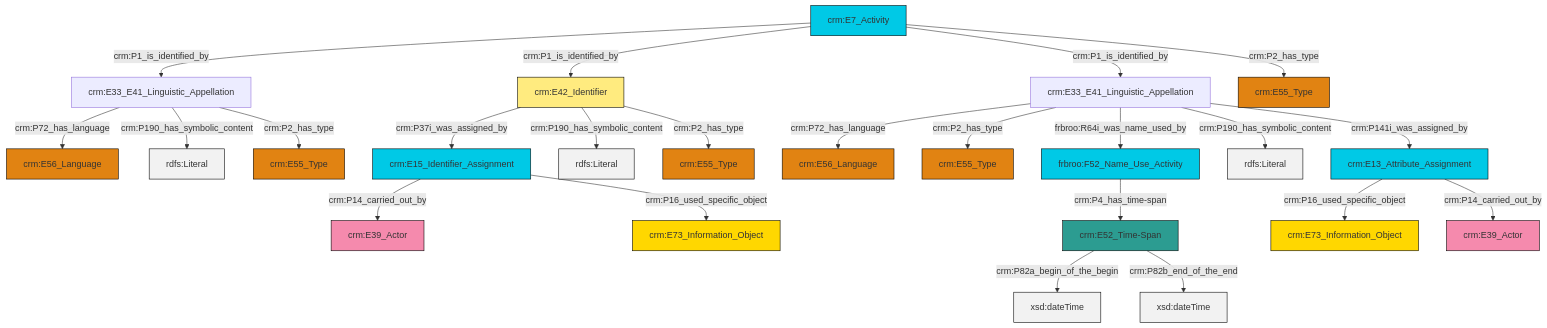
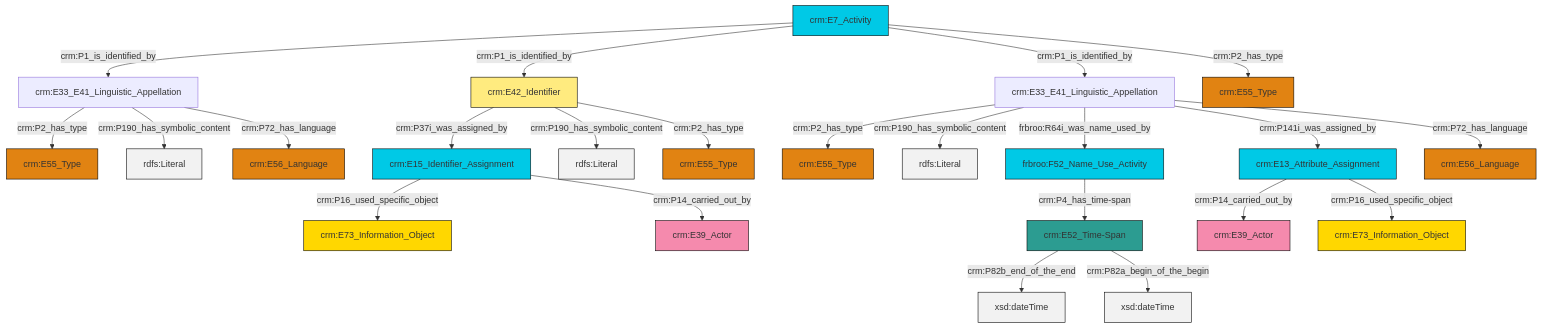
Before and after one commit to swiss-art-research-net/docs.swissartresearch: the diagram in et/eventCSV/ttl/mmd/event_name.ttl.mmd, drawn with Mermaid. The commit also changed 177 other files, not shown here.

```diff
--- a/et/eventCSV/ttl/mmd/event_name.ttl.mmd
+++ b/et/eventCSV/ttl/mmd/event_name.ttl.mmd
@@ -1,37 +1,37 @@
 graph TD
 classDef Literal fill:#f2f2f2,stroke:#000000;
 classDef CRM_Entity fill:#FFFFFF,stroke:#000000;
 classDef Temporal_Entity fill:#00C9E6, stroke:#000000;
 classDef Type fill:#E18312, stroke:#000000;
 classDef Time-Span fill:#2C9C91, stroke:#000000;
 classDef Appellation fill:#FFEB7F, stroke:#000000;
 classDef Place fill:#008836, stroke:#000000;
 classDef Persistent_Item fill:#B266B2, stroke:#000000;
 classDef Conceptual_Object fill:#FFD700, stroke:#000000;
 classDef Physical_Thing fill:#D2B48C, stroke:#000000;
 classDef Actor fill:#f58aad, stroke:#000000;
 classDef PC_Classes fill:#4ce600, stroke:#000000;
 classDef Multi fill:#cccccc,stroke:#000000;
 
-0["crm:E33_E41_Linguistic_Appellation"]:::Default -->|crm:P72_has_language| 1["crm:E56_Language"]:::Type
-4["crm:E7_Activity"]:::Temporal_Entity -->|crm:P1_is_identified_by| 0["crm:E33_E41_Linguistic_Appellation"]:::Default
-0["crm:E33_E41_Linguistic_Appellation"]:::Default -->|crm:P190_has_symbolic_content| 9[rdfs:Literal]:::Literal
-13["crm:E52_Time-Span"]:::Time-Span -->|crm:P82a_begin_of_the_begin| 14[xsd:dateTime]:::Literal
-2["crm:E33_E41_Linguistic_Appellation"]:::Default -->|crm:P72_has_language| 15["crm:E56_Language"]:::Type
-2["crm:E33_E41_Linguistic_Appellation"]:::Default -->|crm:P2_has_type| 17["crm:E55_Type"]:::Type
-4["crm:E7_Activity"]:::Temporal_Entity -->|crm:P1_is_identified_by| 18["crm:E42_Identifier"]:::Appellation
-18["crm:E42_Identifier"]:::Appellation -->|crm:P37i_was_assigned_by| 20["crm:E15_Identifier_Assignment"]:::Temporal_Entity
-13["crm:E52_Time-Span"]:::Time-Span -->|crm:P82b_end_of_the_end| 23[xsd:dateTime]:::Literal
-2["crm:E33_E41_Linguistic_Appellation"]:::Default -->|frbroo:R64i_was_name_used_by| 24["frbroo:F52_Name_Use_Activity"]:::Temporal_Entity
-2["crm:E33_E41_Linguistic_Appellation"]:::Default -->|crm:P190_has_symbolic_content| 25[rdfs:Literal]:::Literal
-20["crm:E15_Identifier_Assignment"]:::Temporal_Entity -->|crm:P14_carried_out_by| 28["crm:E39_Actor"]:::Actor
-24["frbroo:F52_Name_Use_Activity"]:::Temporal_Entity -->|crm:P4_has_time-span| 13["crm:E52_Time-Span"]:::Time-Span
-26["crm:E13_Attribute_Assignment"]:::Temporal_Entity -->|crm:P16_used_specific_object| 31["crm:E73_Information_Object"]:::Conceptual_Object
-4["crm:E7_Activity"]:::Temporal_Entity -->|crm:P1_is_identified_by| 2["crm:E33_E41_Linguistic_Appellation"]:::Default
-0["crm:E33_E41_Linguistic_Appellation"]:::Default -->|crm:P2_has_type| 7["crm:E55_Type"]:::Type
-26["crm:E13_Attribute_Assignment"]:::Temporal_Entity -->|crm:P14_carried_out_by| 10["crm:E39_Actor"]:::Actor
-4["crm:E7_Activity"]:::Temporal_Entity -->|crm:P2_has_type| 29["crm:E55_Type"]:::Type
-18["crm:E42_Identifier"]:::Appellation -->|crm:P190_has_symbolic_content| 35[rdfs:Literal]:::Literal
-2["crm:E33_E41_Linguistic_Appellation"]:::Default -->|crm:P141i_was_assigned_by| 26["crm:E13_Attribute_Assignment"]:::Temporal_Entity
-18["crm:E42_Identifier"]:::Appellation -->|crm:P2_has_type| 5["crm:E55_Type"]:::Type
-20["crm:E15_Identifier_Assignment"]:::Temporal_Entity -->|crm:P16_used_specific_object| 40["crm:E73_Information_Object"]:::Conceptual_Object
+0["crm:E33_E41_Linguistic_Appellation"]:::Default -->|crm:P2_has_type| 2["crm:E55_Type"]:::Type
+0["crm:E33_E41_Linguistic_Appellation"]:::Default -->|crm:P190_has_symbolic_content| 5[rdfs:Literal]:::Literal
+0["crm:E33_E41_Linguistic_Appellation"]:::Default -->|frbroo:R64i_was_name_used_by| 8["frbroo:F52_Name_Use_Activity"]:::Temporal_Entity
+9["crm:E52_Time-Span"]:::Time-Span -->|crm:P82b_end_of_the_end| 10[xsd:dateTime]:::Literal
+13["crm:E7_Activity"]:::Temporal_Entity -->|crm:P1_is_identified_by| 14["crm:E33_E41_Linguistic_Appellation"]:::Default
+14["crm:E33_E41_Linguistic_Appellation"]:::Default -->|crm:P2_has_type| 3["crm:E55_Type"]:::Type
+8["frbroo:F52_Name_Use_Activity"]:::Temporal_Entity -->|crm:P4_has_time-span| 9["crm:E52_Time-Span"]:::Time-Span
+9["crm:E52_Time-Span"]:::Time-Span -->|crm:P82a_begin_of_the_begin| 23[xsd:dateTime]:::Literal
+24["crm:E42_Identifier"]:::Appellation -->|crm:P37i_was_assigned_by| 17["crm:E15_Identifier_Assignment"]:::Temporal_Entity
+24["crm:E42_Identifier"]:::Appellation -->|crm:P190_has_symbolic_content| 27[rdfs:Literal]:::Literal
+0["crm:E33_E41_Linguistic_Appellation"]:::Default -->|crm:P141i_was_assigned_by| 28["crm:E13_Attribute_Assignment"]:::Temporal_Entity
+14["crm:E33_E41_Linguistic_Appellation"]:::Default -->|crm:P190_has_symbolic_content| 30[rdfs:Literal]:::Literal
+14["crm:E33_E41_Linguistic_Appellation"]:::Default -->|crm:P72_has_language| 31["crm:E56_Language"]:::Type
+17["crm:E15_Identifier_Assignment"]:::Temporal_Entity -->|crm:P16_used_specific_object| 11["crm:E73_Information_Object"]:::Conceptual_Object
+28["crm:E13_Attribute_Assignment"]:::Temporal_Entity -->|crm:P14_carried_out_by| 6["crm:E39_Actor"]:::Actor
+24["crm:E42_Identifier"]:::Appellation -->|crm:P2_has_type| 32["crm:E55_Type"]:::Type
+28["crm:E13_Attribute_Assignment"]:::Temporal_Entity -->|crm:P16_used_specific_object| 33["crm:E73_Information_Object"]:::Conceptual_Object
+13["crm:E7_Activity"]:::Temporal_Entity -->|crm:P1_is_identified_by| 24["crm:E42_Identifier"]:::Appellation
+13["crm:E7_Activity"]:::Temporal_Entity -->|crm:P1_is_identified_by| 0["crm:E33_E41_Linguistic_Appellation"]:::Default
+17["crm:E15_Identifier_Assignment"]:::Temporal_Entity -->|crm:P14_carried_out_by| 36["crm:E39_Actor"]:::Actor
+0["crm:E33_E41_Linguistic_Appellation"]:::Default -->|crm:P72_has_language| 21["crm:E56_Language"]:::Type
+13["crm:E7_Activity"]:::Temporal_Entity -->|crm:P2_has_type| 25["crm:E55_Type"]:::Type
```
